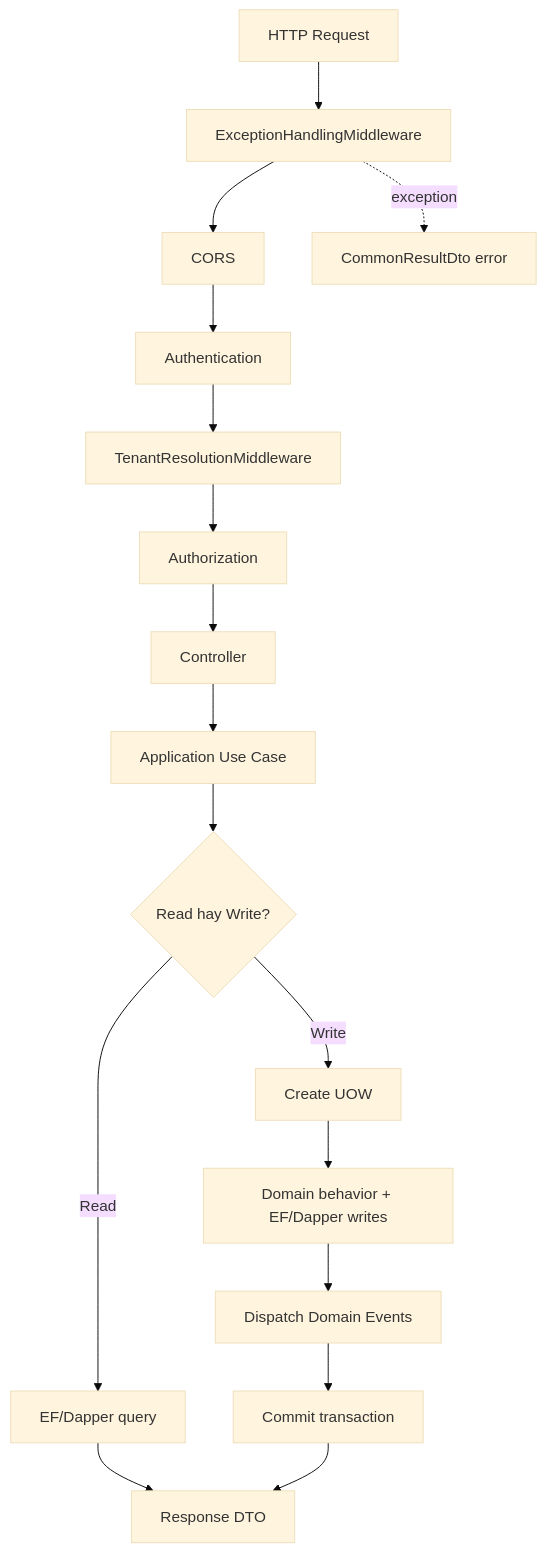
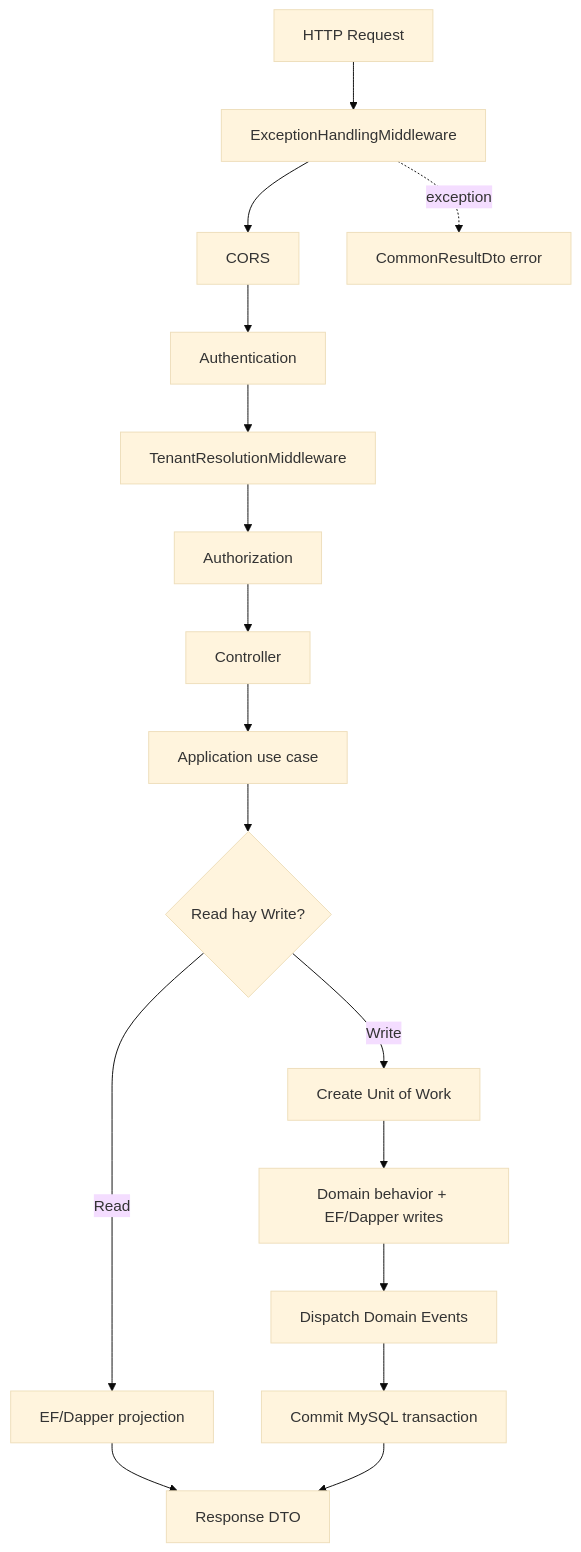
The second of 4 diagrams in backend/docs/architecture/backend-runtime-flow.md (trungdev26/food-delivery), drawn with Mermaid (base theme) before and after one commit. The commit also changed other lines of this file and 3 other files, not shown here.

Commit message:
docs: complete RabbitMQ architecture guide

````diff
--- a/backend/docs/architecture/backend-runtime-flow.md
+++ b/backend/docs/architecture/backend-runtime-flow.md
@@ -27,19 +27,19 @@
 ```mermaid
 flowchart TD
     A[HTTP Request] --> B[ExceptionHandlingMiddleware]
     B --> C[CORS]
     C --> D[Authentication]
     D --> E[TenantResolutionMiddleware]
     E --> F[Authorization]
     F --> G[Controller]
-    G --> H[Application Use Case]
+    G --> H[Application use case]
     H --> I{Read hay Write?}
-    I -- Read --> J[EF/Dapper query]
-    I -- Write --> K[Create UOW]
+    I -- Read --> J[EF/Dapper projection]
+    I -- Write --> K[Create Unit of Work]
     K --> L[Domain behavior + EF/Dapper writes]
     L --> M[Dispatch Domain Events]
-    M --> N[Commit transaction]
+    M --> N[Commit MySQL transaction]
     J --> O[Response DTO]
     N --> O
     B -. exception .-> P[CommonResultDto error]
 ```
````
